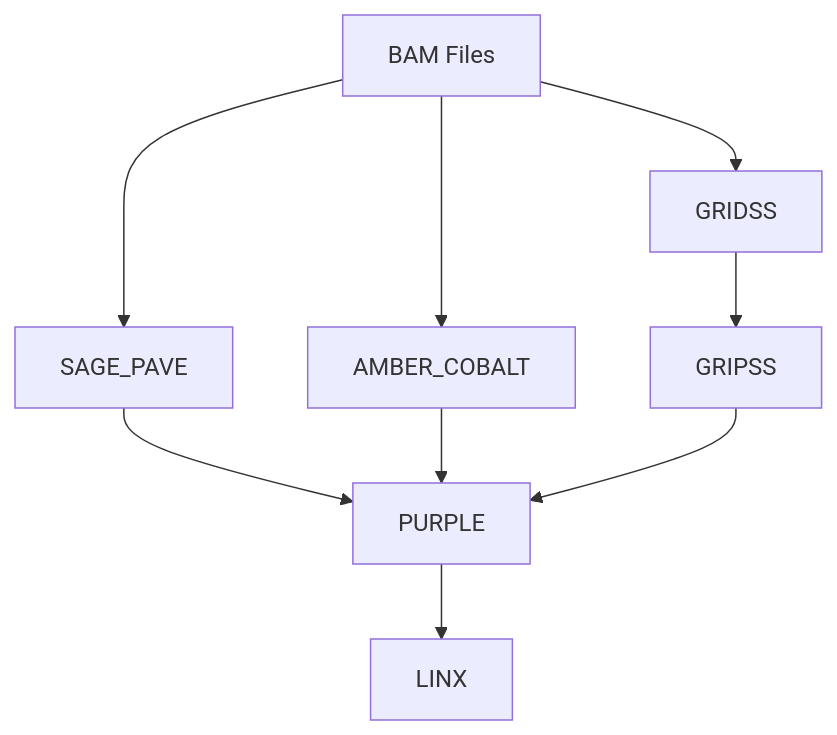
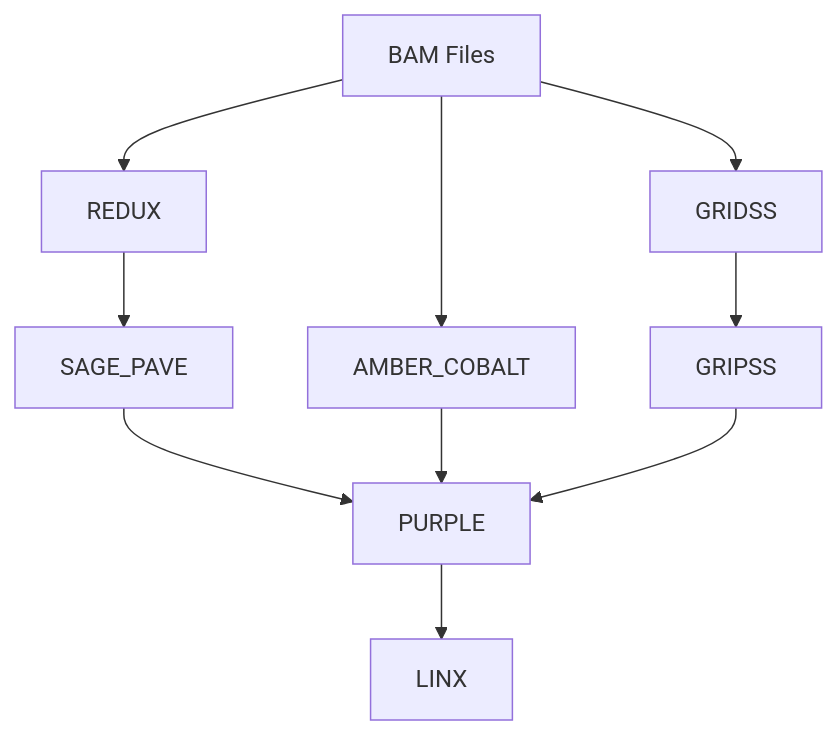
The diagram in README.md (Sejung98/WGS-Germline-pipeline-nf), drawn with Mermaid before and after one commit. The commit also changed other lines of this file and 5 other files, not shown here.

````diff
--- a/README.md
+++ b/README.md
@@ -24,14 +25,15 @@
 ```mermaid
 graph TD
-    A[BAM Files] --> B[SAGE_PAVE]
-    A --> C[AMBER_COBALT]
-    A --> D[GRIDSS]
+    A[BAM Files] --> B[REDUX]
+    B --> C[SAGE_PAVE]
+    A --> D[AMBER_COBALT]
+    A --> E[GRIDSS]
     
-    D --> E[GRIPSS]
+    E --> F[GRIPSS]
     
-    B --> F[PURPLE]
-    C --> F
-    E --> F
+    C --> G[PURPLE]
+    D --> G
+    F --> G
     
-    F --> G[LINX]
+    G --> H[LINX]
 ```
````
